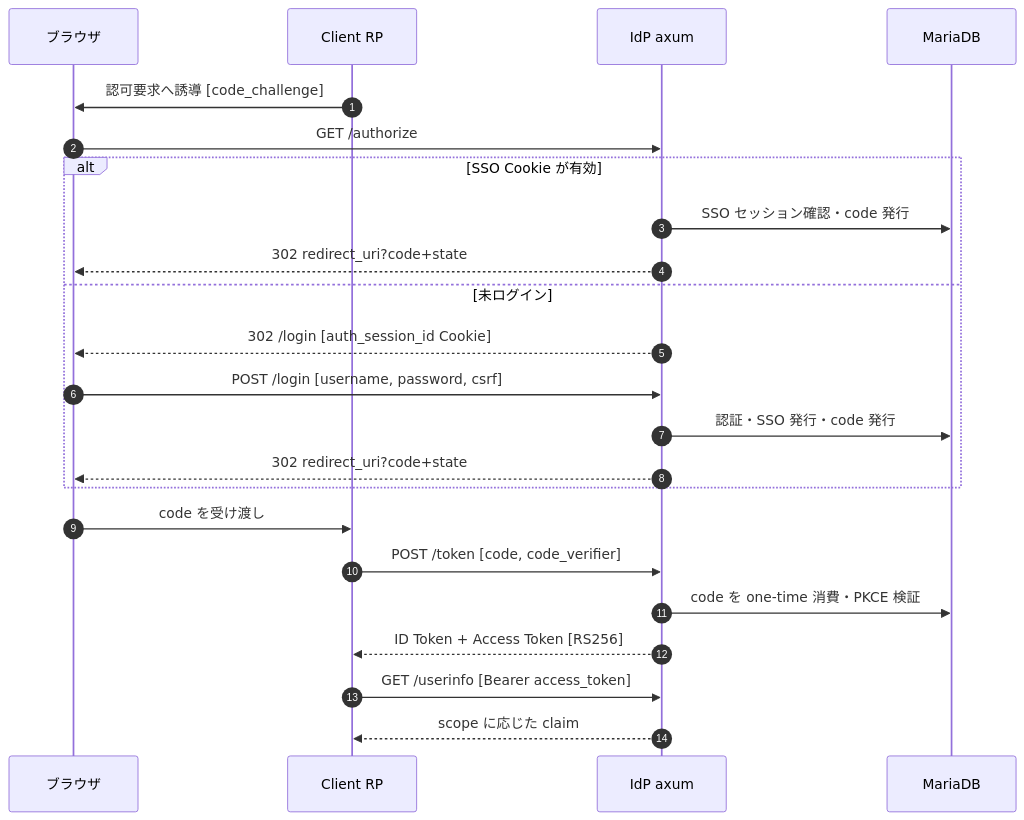
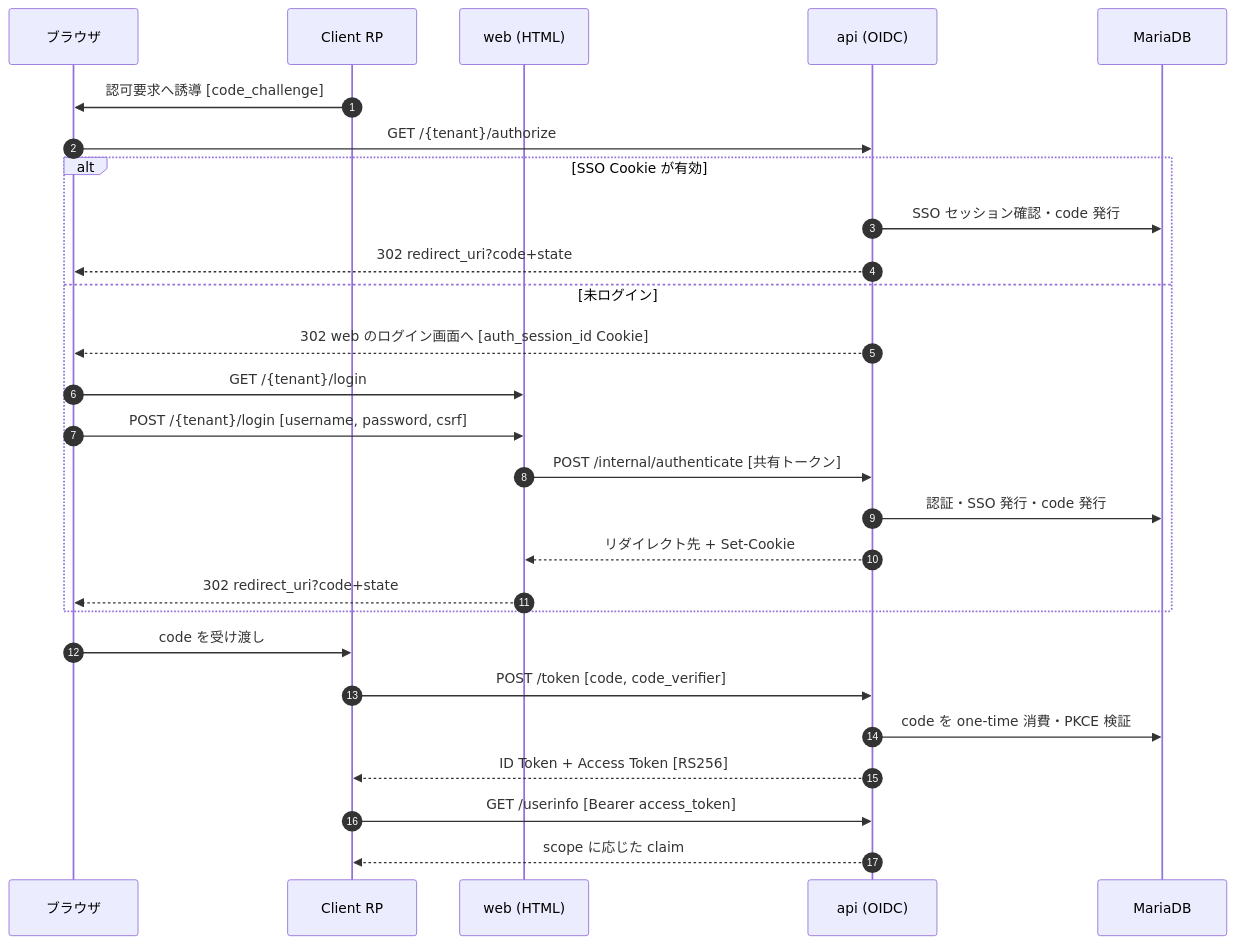
The second of 2 diagrams in README.md (kiyoteruhosoda/idp), drawn with Mermaid before and after one commit. The commit also changed other lines of this file and 17 other files, not shown here.

First line of the commit message:
feat: 公開トポロジの既定を domain-split にし、待ち受けポートと構成図を整備した（ADR-0016）

````diff
--- a/README.md
+++ b/README.md
@@ -55,26 +115,30 @@
 ```mermaid
 sequenceDiagram
   autonumber
   participant U as ブラウザ
   participant C as Client RP
-  participant IdP as IdP axum
+  participant W as web (HTML)
+  participant API as api (OIDC)
   participant DB as MariaDB
 
   C->>U: 認可要求へ誘導 [code_challenge]
-  U->>IdP: GET /authorize
+  U->>API: GET /{tenant}/authorize
   alt SSO Cookie が有効
-    IdP->>DB: SSO セッション確認・code 発行
-    IdP-->>U: 302 redirect_uri?code+state
+    API->>DB: SSO セッション確認・code 発行
+    API-->>U: 302 redirect_uri?code+state
   else 未ログイン
-    IdP-->>U: 302 /login [auth_session_id Cookie]
-    U->>IdP: POST /login [username, password, csrf]
-    IdP->>DB: 認証・SSO 発行・code 発行
-    IdP-->>U: 302 redirect_uri?code+state
+    API-->>U: 302 web のログイン画面へ [auth_session_id Cookie]
+    U->>W: GET /{tenant}/login
+    U->>W: POST /{tenant}/login [username, password, csrf]
+    W->>API: POST /internal/authenticate [共有トークン]
+    API->>DB: 認証・SSO 発行・code 発行
+    API-->>W: リダイレクト先 + Set-Cookie
+    W-->>U: 302 redirect_uri?code+state
   end
   U->>C: code を受け渡し
-  C->>IdP: POST /token [code, code_verifier]
-  IdP->>DB: code を one-time 消費・PKCE 検証
-  IdP-->>C: ID Token + Access Token [RS256]
-  C->>IdP: GET /userinfo [Bearer access_token]
-  IdP-->>C: scope に応じた claim
+  C->>API: POST /token [code, code_verifier]
+  API->>DB: code を one-time 消費・PKCE 検証
+  API-->>C: ID Token + Access Token [RS256]
+  C->>API: GET /userinfo [Bearer access_token]
+  API-->>C: scope に応じた claim
 ```
````
